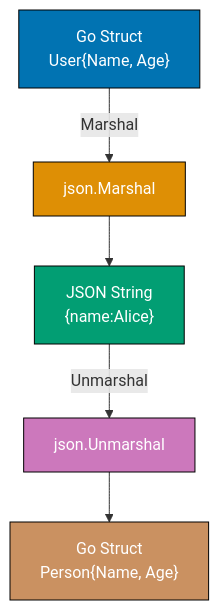
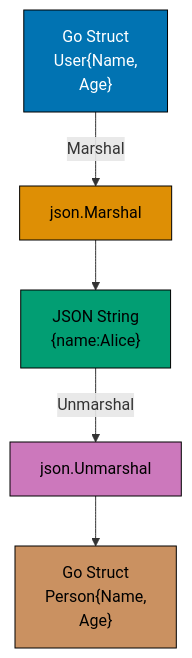
Before and after one commit to wahidyankf/ose-public: the second of 12 diagrams in apps/ayokoding-www/content/en/learn/legacy/software-engineering/programming-languages/golang/by-example/intermediate.md, drawn with Mermaid. The commit also changed other lines of this file and 112 other files, not shown here.

First line of the commit message:
fix(mermaid): bring the legacy programming-languages diagrams onto the accessible palette

````diff
--- a/apps/ayokoding-www/content/en/learn/legacy/software-engineering/programming-languages/golang/by-example/intermediate.md
+++ b/apps/ayokoding-www/content/en/learn/legacy/software-engineering/programming-languages/golang/by-example/intermediate.md
@@ -274,20 +280,28 @@
 ```mermaid
 %% Color Palette: Blue #0173B2, Orange #DE8F05, Teal #029E73, Purple #CC78BC, Brown #CA9161
 graph TD
-    A["Go Struct<br/>User#123;Name, Age#125;"]
+    accTitle: Example 33: JSON Handling
+    accDescr: Graph with 5 nodes and 4 connections. Nodes: Go Struct User123Name, Age125, json.Marshal, JSON String 123name:Alice125, json.Unmarshal, Go Struct Person123Name, Age125. Connections: Go Struct User123Name, Age125 to json.Marshal (Marshal), json.Marshal to JSON String 123name:Alice125, JSON String 123name:Alice125 to json.Unmarshal (Unmarshal), json.Unmarshal to Go Struct Person123Name, Age125.
+    A["Go Struct<br/>User#123;Name,<br/>Age#125;"]
     B["json.Marshal"]
     C["JSON String<br/>#123;name:Alice#125;"]
     D["json.Unmarshal"]
-    E["Go Struct<br/>Person#123;Name, Age#125;"]
+    E["Go Struct<br/>Person#123;Name,<br/>Age#125;"]
 
     A -->|Marshal| B
     B --> C
     C -->|Unmarshal| D
     D --> E
 
-    style A fill:#0173B2,stroke:#000,color:#fff
-    style B fill:#DE8F05,stroke:#000,color:#fff
-    style C fill:#029E73,stroke:#000,color:#fff
-    style D fill:#CC78BC,stroke:#000,color:#fff
-    style E fill:#CA9161,stroke:#000,color:#fff
+    classDef pal-0173B2 fill:#0173B2,stroke:#000000,color:#FFFFFF
+    class A pal-0173B2
+    classDef pal-DE8F05 fill:#DE8F05,stroke:#000000,color:#000000
+    class B pal-DE8F05
+    classDef pal-029E73 fill:#029E73,stroke:#000000,color:#000000
+    class C pal-029E73
+    classDef pal-CC78BC fill:#CC78BC,stroke:#000000,color:#000000
+    class D pal-CC78BC
+    classDef pal-CA9161 fill:#CA9161,stroke:#000000,color:#000000
+    class E pal-CA9161
+    classDef default fill:#FFFFFF,stroke:#000000,color:#000000
 ```
````
